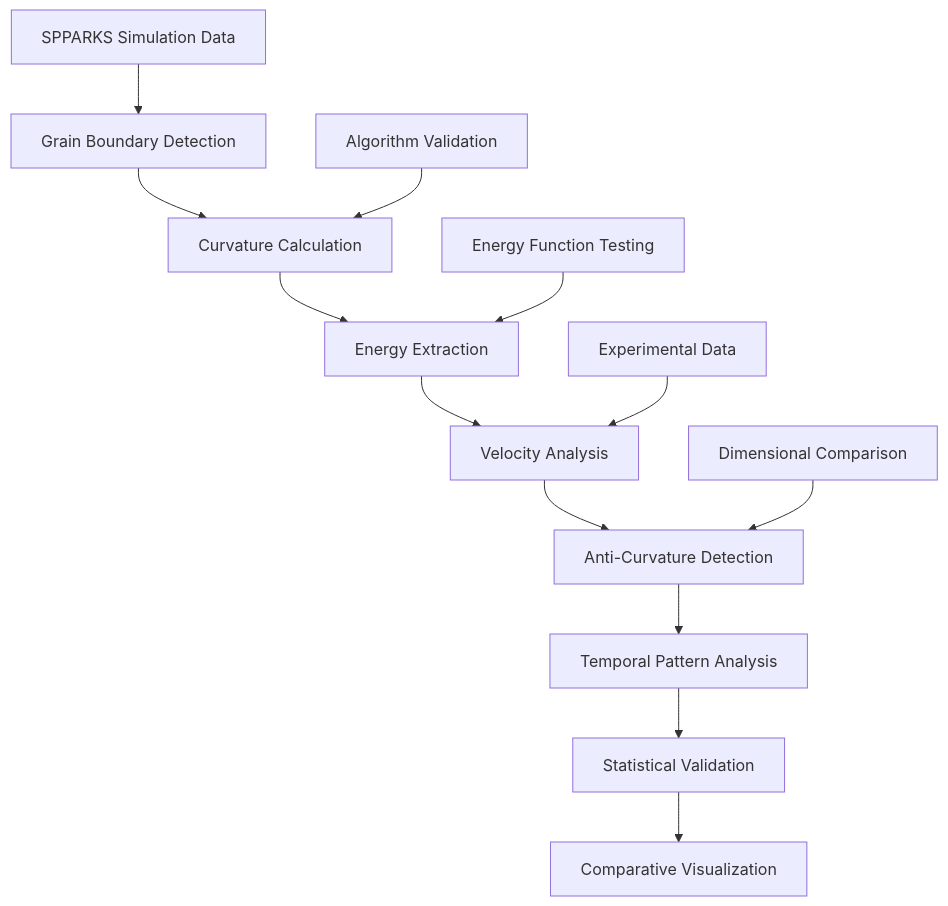
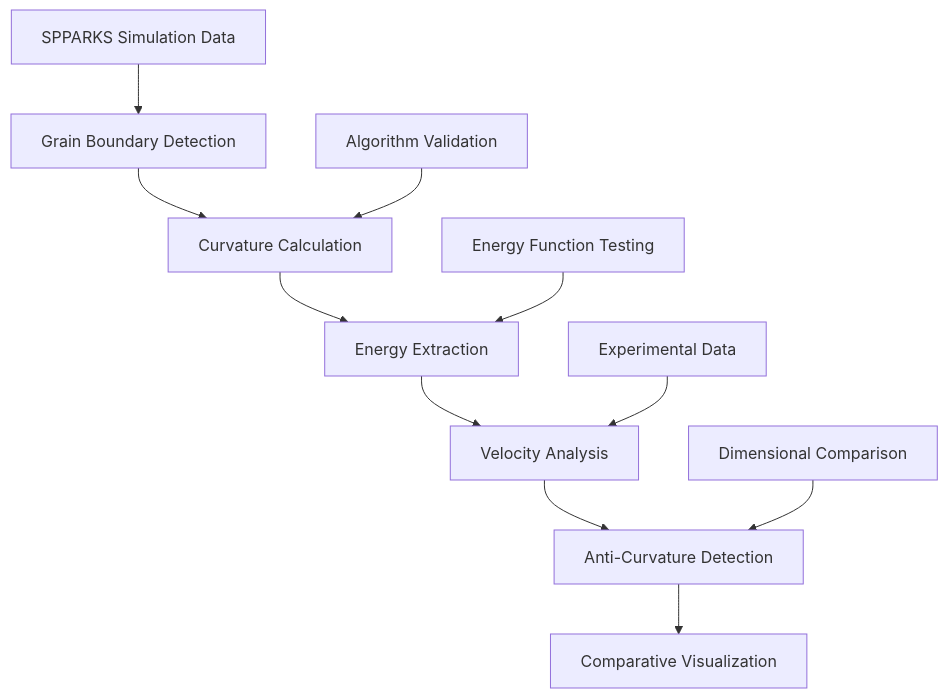
One commit to Linwitness/VECTOR changed the diagram in examples/GB_velocity/README.md. Above: the diagram before and after it, drawn with Mermaid. The commit also changed other lines of this file and 8 other files, not shown here.

````diff
--- a/examples/GB_velocity/README.md
+++ b/examples/GB_velocity/README.md
@@ -40,16 +40,14 @@
 ```mermaid
 graph TD
     A[SPPARKS Simulation Data] --> B[Grain Boundary Detection]
     B --> C[Curvature Calculation]
     C --> D[Energy Extraction]
     D --> E[Velocity Analysis]
     E --> F[Anti-Curvature Detection]
-    F --> G[Temporal Pattern Analysis]
-    G --> H[Statistical Validation]
-    H --> I[Comparative Visualization]
+    F --> I[Comparative Visualization]
     
     J[Algorithm Validation] --> C
     K[Experimental Data] --> E
     L[Energy Function Testing] --> D
     M[Dimensional Comparison] --> F
 ```
````
